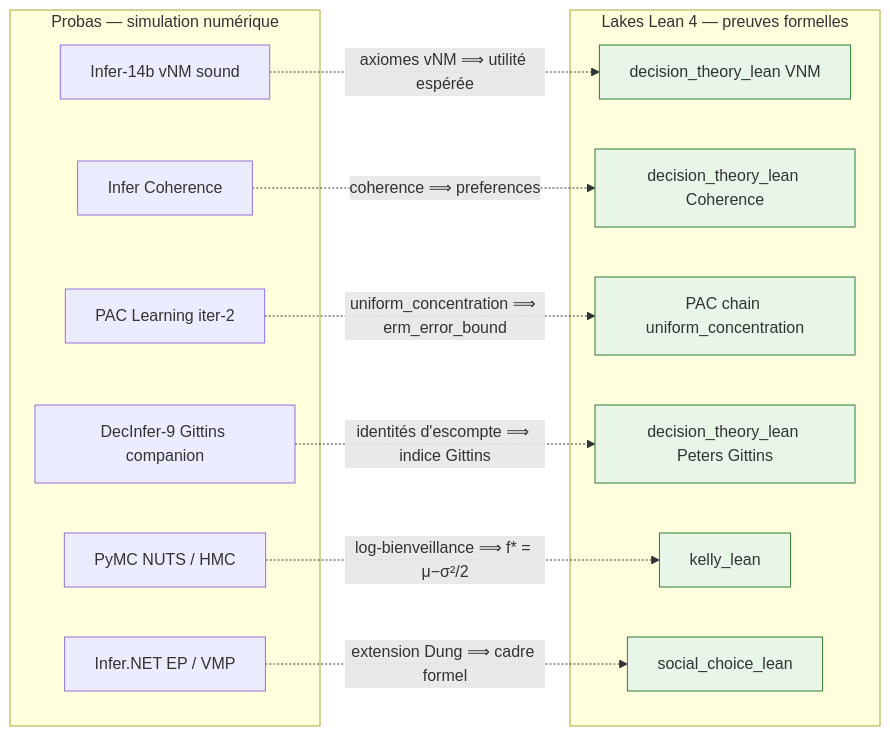
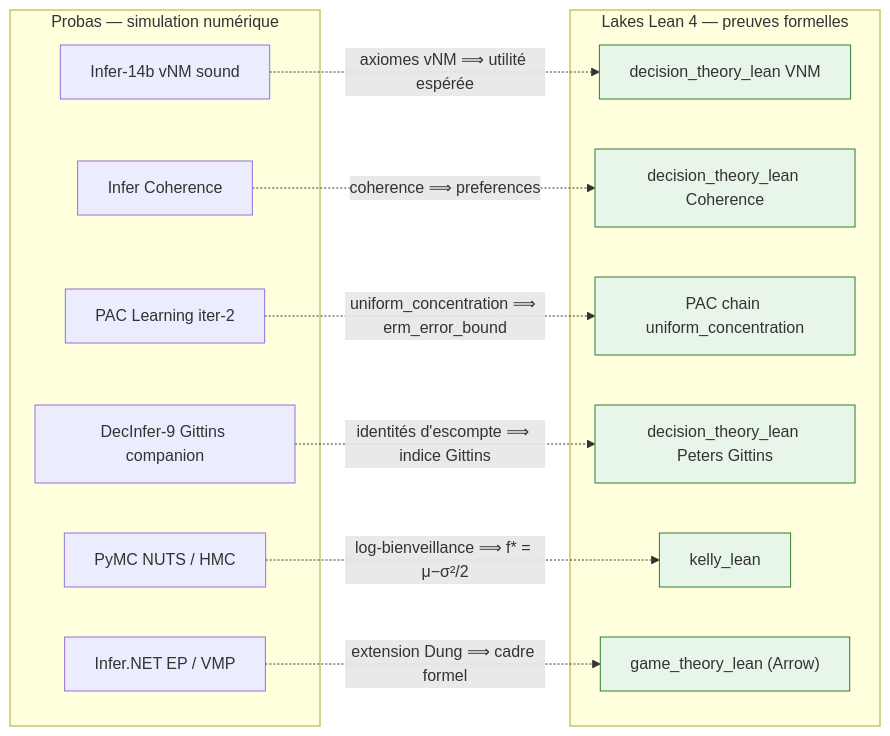
The third of 3 diagrams in MyIA.AI.Notebooks/Probas/README.md (jsboige/CoursIA), drawn with Mermaid before and after one commit. The commit also changed other lines of this file, not shown here.

````diff
--- a/MyIA.AI.Notebooks/Probas/README.md
+++ b/MyIA.AI.Notebooks/Probas/README.md
@@ -578,31 +578,31 @@
 ```mermaid
 flowchart LR
     subgraph SIM["Probas — simulation numérique"]
         NB_DT["Infer-14b vNM sound"]
         NB_CO["Infer Coherence"]
         NB_GIT["DecInfer-9 Gittins companion"]
         NB_PAC["PAC Learning iter-2"]
         NB_MCMC["PyMC NUTS / HMC"]
         NB_EP["Infer.NET EP / VMP"]
     end
     subgraph LEAN["Lakes Lean 4 — preuves formelles"]
         LK_DT["decision_theory_lean VNM"]
         LK_CO["decision_theory_lean Coherence"]
         LK_PAC["PAC chain uniform_concentration"]
         LK_GIT["decision_theory_lean Peters Gittins"]
         LK_KELLY["kelly_lean"]
-        LK_SC["social_choice_lean"]
+        LK_SC["game_theory_lean (Arrow)"]
     end
     NB_DT -. "axiomes vNM ⟹ utilité espérée" .-> LK_DT
     NB_CO -. "coherence ⟹ preferences" .-> LK_CO
     NB_PAC -. "uniform_concentration ⟹ erm_error_bound" .-> LK_PAC
     NB_GIT -. "identités d'escompte ⟹ indice Gittins" .-> LK_GIT
     NB_MCMC -. "log-bienveillance ⟹ f* = μ−σ²/2" .-> LK_KELLY
     NB_EP -. "extension Dung ⟹ cadre formel" .-> LK_SC
     style LK_DT fill:#e8f5e9,stroke:#2e7d32
     style LK_CO fill:#e8f5e9,stroke:#2e7d32
     style LK_PAC fill:#e8f5e9,stroke:#2e7d32
     style LK_GIT fill:#e8f5e9,stroke:#2e7d32
     style LK_KELLY fill:#e8f5e9,stroke:#2e7d32
     style LK_SC fill:#e8f5e9,stroke:#2e7d32
 ```
````
